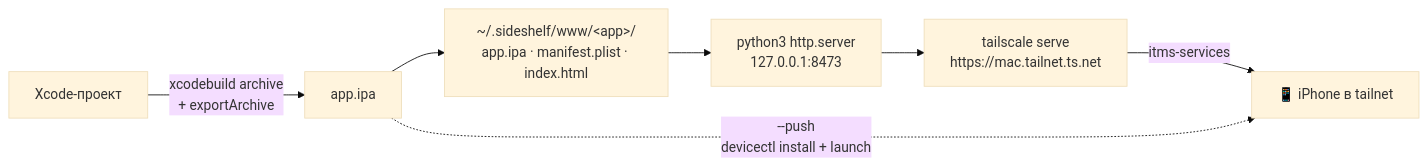
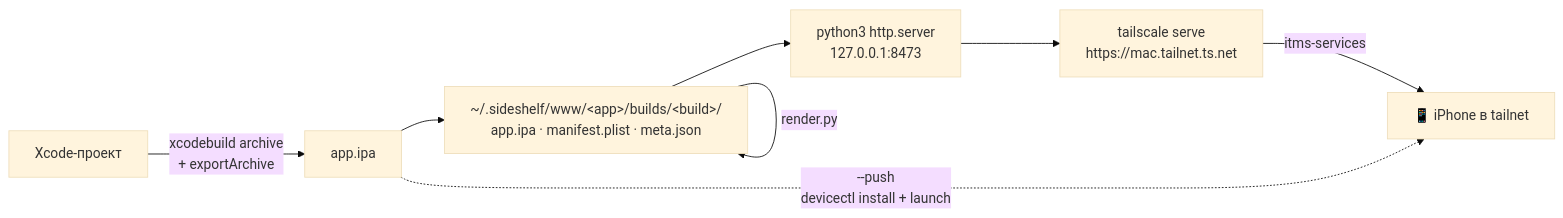
One commit to SketchPiece/Sideshelf changed the diagram in README.md. Above: the diagram before and after it, drawn with Mermaid (base theme). The commit also changed other lines of this file and 2 other files, not shown here.

Commit message:
Docs: build history, commit notes and desktop QR in skill and README; hide share on desktop

````diff
--- a/README.md
+++ b/README.md
@@ -40,9 +43,10 @@
 ```mermaid
 flowchart LR
     A[Xcode-проект] -->|xcodebuild archive<br/>+ exportArchive| B[app.ipa]
-    B --> C["~/.sideshelf/www/&lt;app&gt;/<br/>app.ipa · manifest.plist · index.html"]
+    B --> C["~/.sideshelf/www/&lt;app&gt;/builds/&lt;build&gt;/<br/>app.ipa · manifest.plist · meta.json"]
+    C -->|render.py| C
     C --> D[python3 http.server<br/>127.0.0.1:8473]
     D --> E[tailscale serve<br/>https://mac.tailnet.ts.net]
     E -->|itms-services| F[📱 iPhone в tailnet]
     B -.->|--push<br/>devicectl install + launch| F
 ```
````
